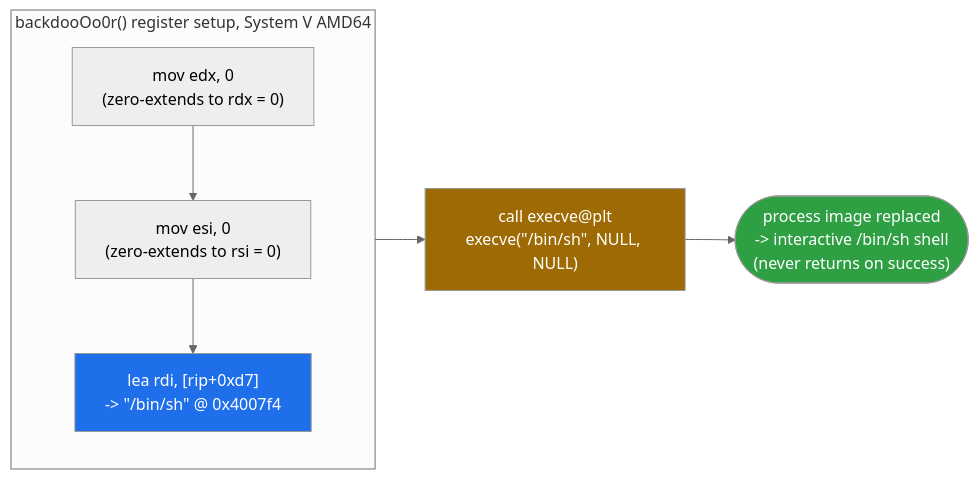
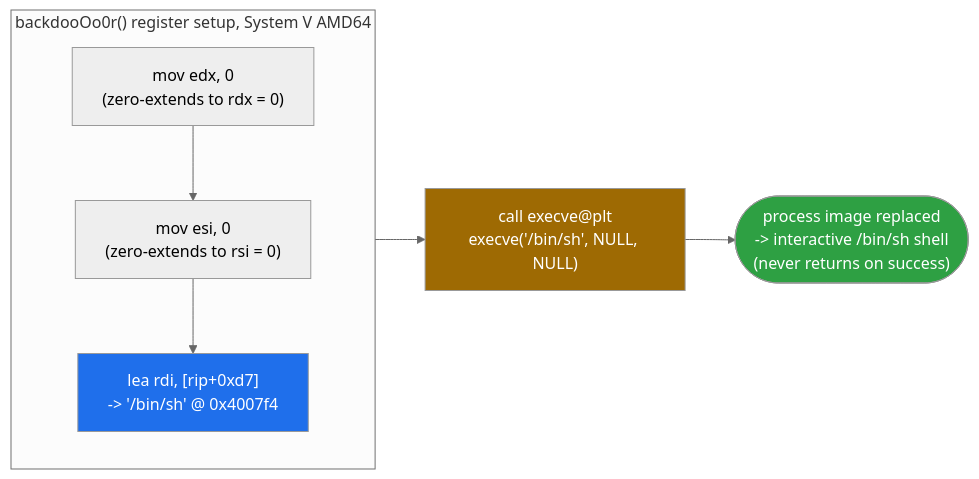
Before and after one commit to Gantosay/CTF-Writeups: the second of 4 diagrams in BUUCTF/PWN/Easy/[NewStarCTF Open Competition Track]ret2text/README.md, drawn with Mermaid (neutral theme).

````diff
--- a/BUUCTF/PWN/Easy/[NewStarCTF Open Competition Track]ret2text/README.md
+++ b/BUUCTF/PWN/Easy/[NewStarCTF Open Competition Track]ret2text/README.md
@@ -189,14 +189,14 @@
 ```mermaid
 flowchart LR
     subgraph Setup["backdooOo0r() register setup, System V AMD64"]
         direction TB
-        R1["mov edx, 0\n(zero-extends to rdx = 0)"] --> R2["mov esi, 0\n(zero-extends to rsi = 0)"]
-        R2 --> R3["lea rdi, [rip+0xd7]\n-> &quot;/bin/sh&quot; @ 0x4007f4"]
+        R1["mov edx, 0<br>(zero-extends to rdx = 0)"] --> R2["mov esi, 0<br>(zero-extends to rsi = 0)"]
+        R2 --> R3["lea rdi, [rip+0xd7]<br>-> '/bin/sh' @ 0x4007f4"]
     end
-    R3 --> CALL["call execve@plt\nexecve(&quot;/bin/sh&quot;, NULL, NULL)"]
-    CALL --> RES(["process image replaced\n-> interactive /bin/sh shell\n(never returns on success)"])
+    R3 --> CALL["call execve@plt<br>execve('/bin/sh', NULL, NULL)"]
+    CALL --> RES(["process image replaced<br>-> interactive /bin/sh shell<br>(never returns on success)"])
 
     style R3 fill:#1f6feb,color:#fff
     style CALL fill:#9e6a03,color:#fff
     style RES fill:#2ea043,color:#fff
 ```
````
